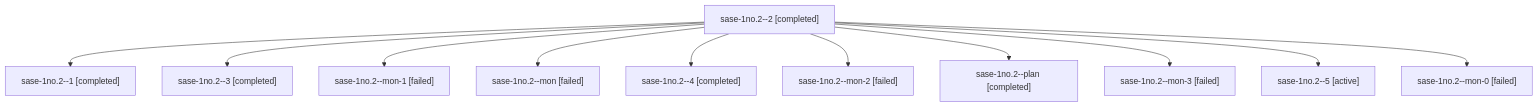
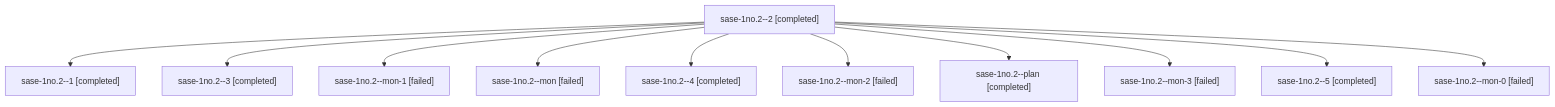
Before and after one commit to sase-org/sase--agents: the diagram in sessions/bbugyi200.athena.sase-1no.2.md, drawn with Mermaid. The commit also changed other lines of this file and 123 other files, not shown here.

````diff
--- a/sessions/bbugyi200.athena.sase-1no.2.md
+++ b/sessions/bbugyi200.athena.sase-1no.2.md
@@ -9,24 +9,24 @@
 ```mermaid
 flowchart TD
   n0["sase-1no.2--2 [completed]"]
   n1["sase-1no.2--1 [completed]"]
   n0 --> n1
   n2["sase-1no.2--3 [completed]"]
   n0 --> n2
   n3["sase-1no.2--mon-1 [failed]"]
   n0 --> n3
   n4["sase-1no.2--mon [failed]"]
   n0 --> n4
   n5["sase-1no.2--4 [completed]"]
   n0 --> n5
   n6["sase-1no.2--mon-2 [failed]"]
   n0 --> n6
   n7["sase-1no.2--plan [completed]"]
   n0 --> n7
   n8["sase-1no.2--mon-3 [failed]"]
   n0 --> n8
-  n9["sase-1no.2--5 [active]"]
+  n9["sase-1no.2--5 [completed]"]
   n0 --> n9
   n10["sase-1no.2--mon-0 [failed]"]
   n0 --> n10
 ```
````
